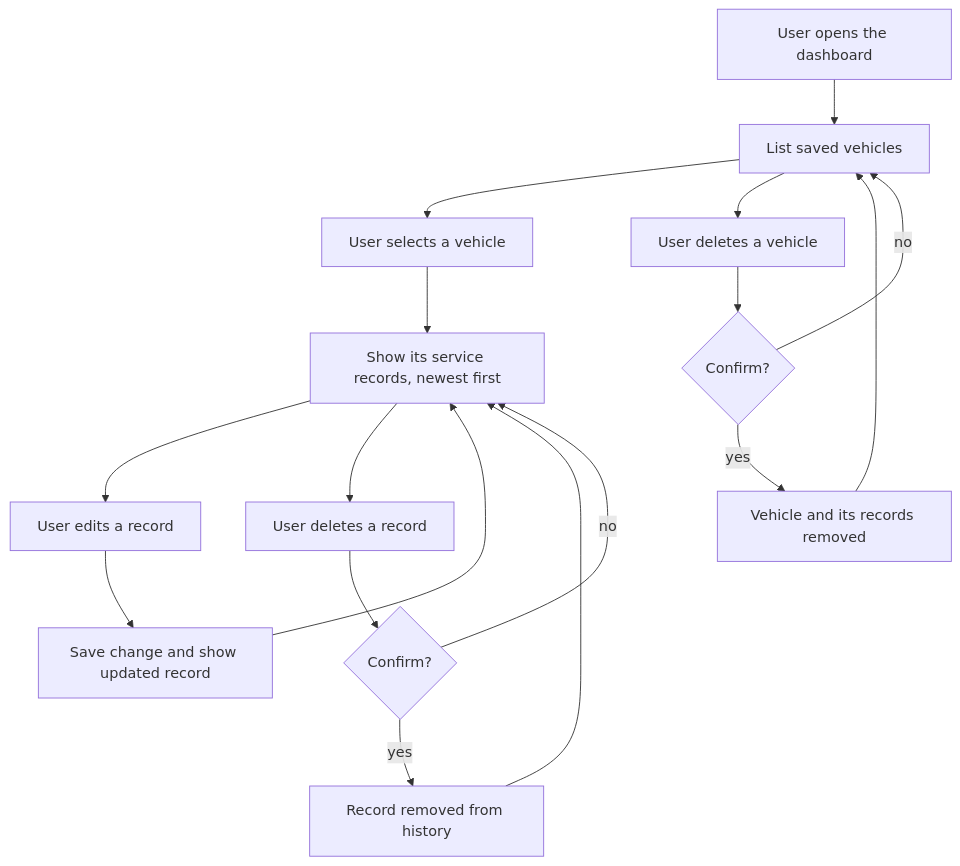
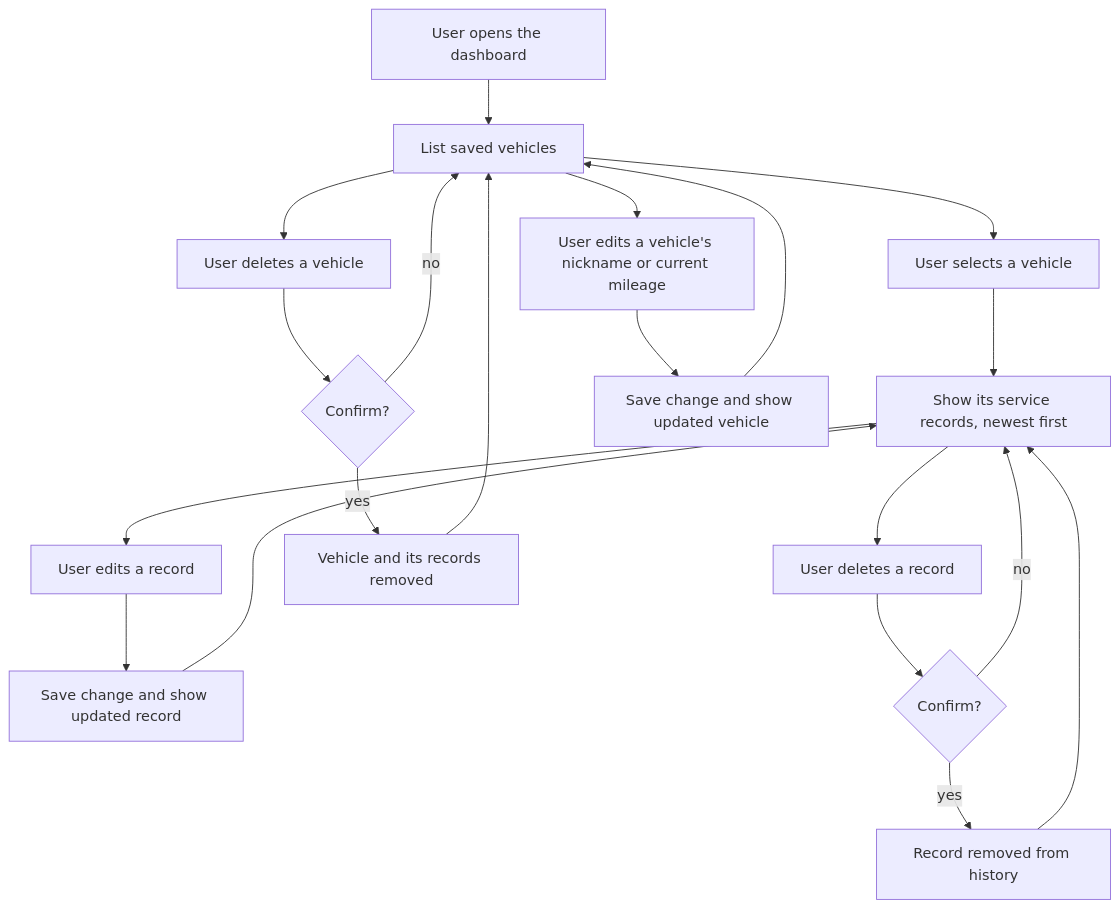
The diagram in docs/design/diagrams/maintenance-dashboard.mmd (TylerWard741/CPSC490-G09-SigmaSquad), drawn with Mermaid before and after one commit. The commit also changed 2 other files, not shown here.

Commit message:
Add vehicle nickname and mileage editing to the dashboard requirements (#32)
Decision: the dashboard supports editing a vehicle, which the API already does.
No test or dashboard code covers it yet.

```diff
--- a/docs/design/diagrams/maintenance-dashboard.mmd
+++ b/docs/design/diagrams/maintenance-dashboard.mmd
@@ -1,17 +1,20 @@
 flowchart TD
     open[User opens the dashboard] --> list[List saved vehicles]
     list --> select[User selects a vehicle]
     select --> records[Show its service records, newest first]
     records --> edit[User edits a record]
     records --> delrec[User deletes a record]
     list --> delveh[User deletes a vehicle]
     edit --> save[Save change and show updated record]
     delrec --> confirm1{Confirm?}
     delveh --> confirm2{Confirm?}
     confirm1 -- yes --> removed1[Record removed from history]
     confirm2 -- yes --> removed2[Vehicle and its records removed]
     confirm1 -- no --> records
     confirm2 -- no --> list
     save --> records
     removed1 --> records
     removed2 --> list
+    list --> editveh[User edits a vehicle's nickname or current mileage]
+    editveh --> savev[Save change and show updated vehicle]
+    savev --> list
```
